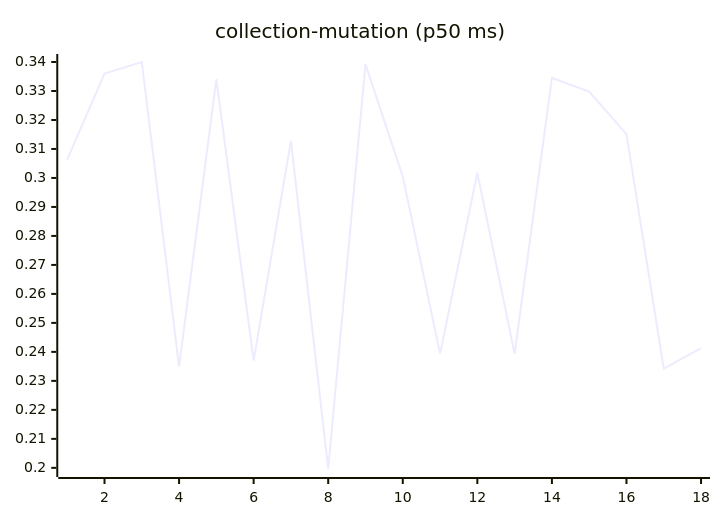
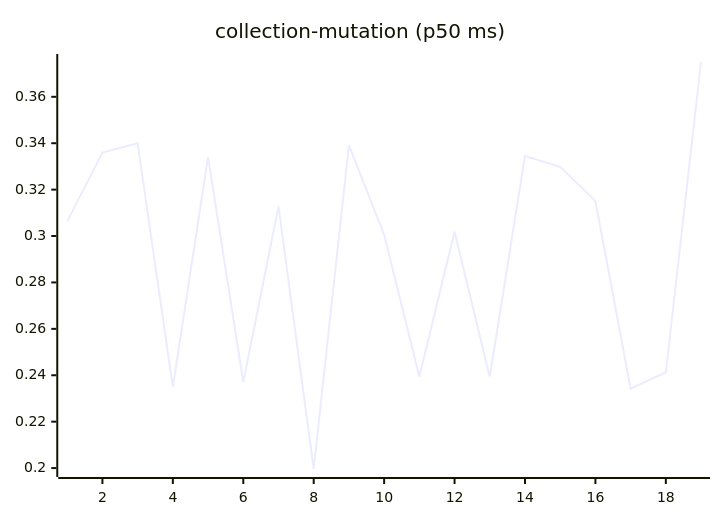
Before and after one commit to josha/Facet: the sixth of 27 diagrams in README.md, drawn with Mermaid. The commit also changed other lines of this file and 2 other files, not shown here.

````diff
--- a/README.md
+++ b/README.md
@@ -98,6 +98,6 @@
 ```mermaid
 xychart-beta
     title "collection-mutation (p50 ms)"
-    x-axis 1 --> 18
-    line [0.3063, 0.3360, 0.3400, 0.2349, 0.3341, 0.2370, 0.3128, 0.1996, 0.3392, 0.3005, 0.2394, 0.3018, 0.2393, 0.3345, 0.3298, 0.3151, 0.2342, 0.2413]
+    x-axis 1 --> 19
+    line [0.3063, 0.3360, 0.3400, 0.2349, 0.3341, 0.2370, 0.3128, 0.1996, 0.3392, 0.3005, 0.2394, 0.3018, 0.2393, 0.3345, 0.3298, 0.3151, 0.2342, 0.2413, 0.3750]
 ```
````
